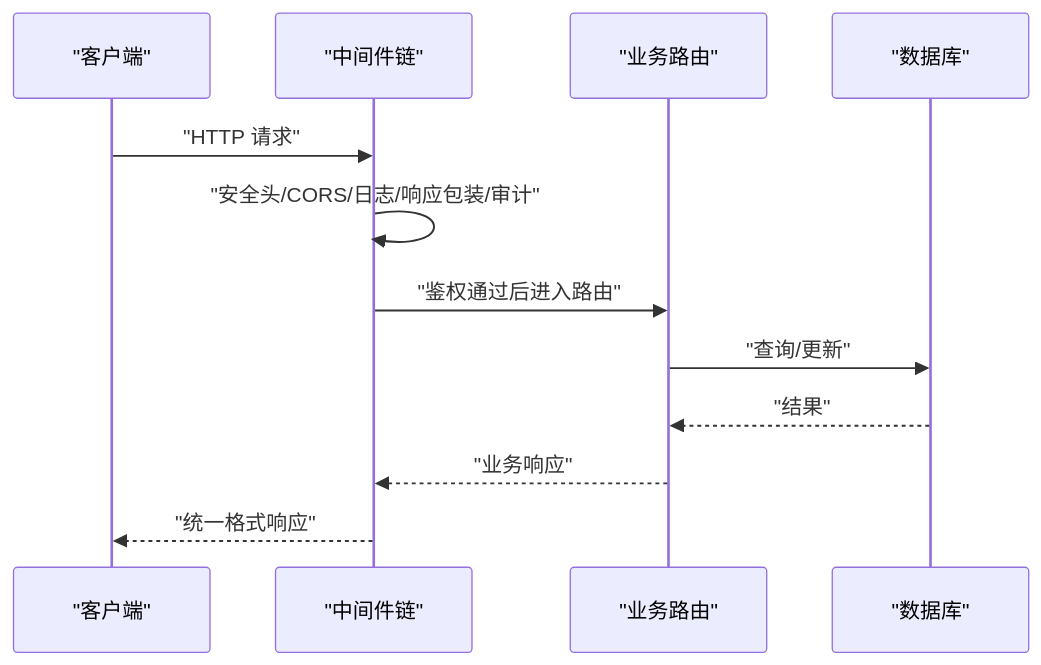
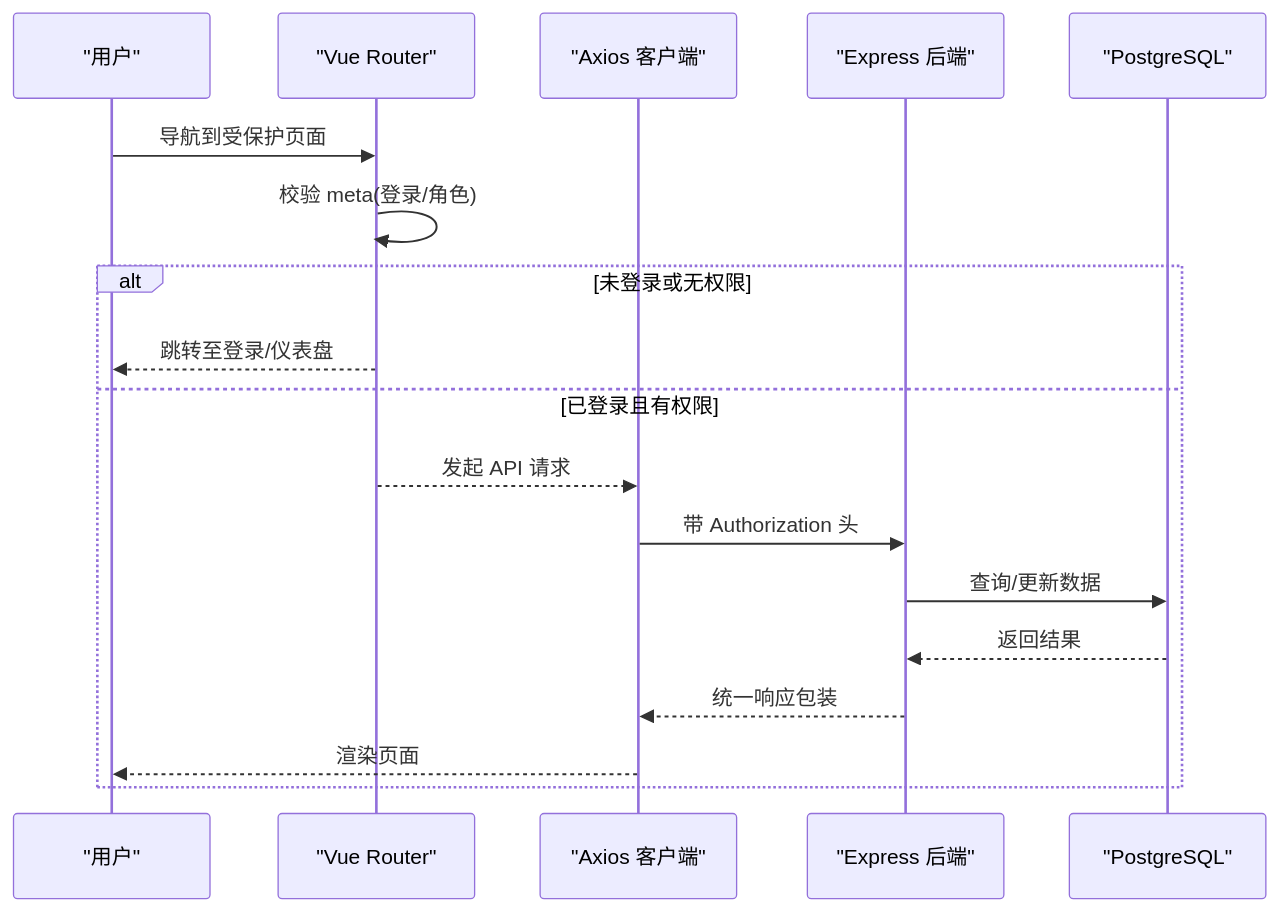
The third of 7 diagrams in .qoder/repowiki/zh/content/系统架构/系统架构.md (Juny09/inventory_system), drawn with Mermaid before and after one commit. The commit also changed other lines of this file and 171 other files, not shown here.

````diff
--- a/.qoder/repowiki/zh/content/系统架构/系统架构.md
+++ b/.qoder/repowiki/zh/content/系统架构/系统架构.md
@@ -146,14 +171,20 @@
 ```mermaid
 sequenceDiagram
-participant C as "客户端"
-participant MW as "中间件链"
-participant R as "业务路由"
-participant DB as "数据库"
-C->>MW : "HTTP 请求"
-MW->>MW : "安全头/CORS/日志/响应包装/审计"
-MW->>R : "鉴权通过后进入路由"
-R->>DB : "查询/更新"
-DB-->>R : "结果"
-R-->>MW : "业务响应"
-MW-->>C : "统一格式响应"
+participant U as "用户"
+participant R as "Vue Router"
+participant A as "Axios 客户端"
+participant S as "Express 后端"
+participant D as "PostgreSQL"
+U->>R : 导航到受保护页面
+R->>R : 校验 meta(登录/角色)
+alt 未登录或无权限
+R-->>U : 跳转至登录/仪表盘
+else 已登录且有权限
+R-->>A : 发起 API 请求
+A->>S : 带 Authorization 头
+S->>D : 查询/更新数据
+D-->>S : 返回结果
+S-->>A : 统一响应包装
+A-->>U : 渲染页面
+end
 ```
````
